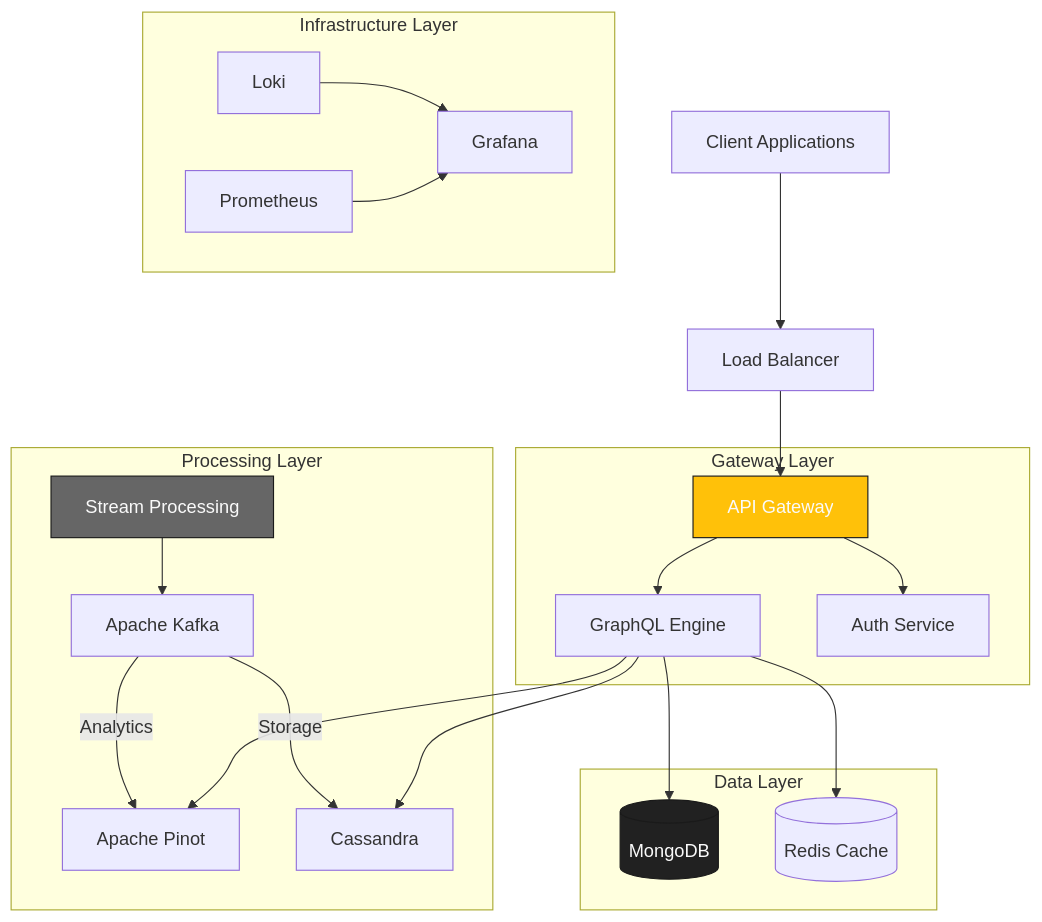
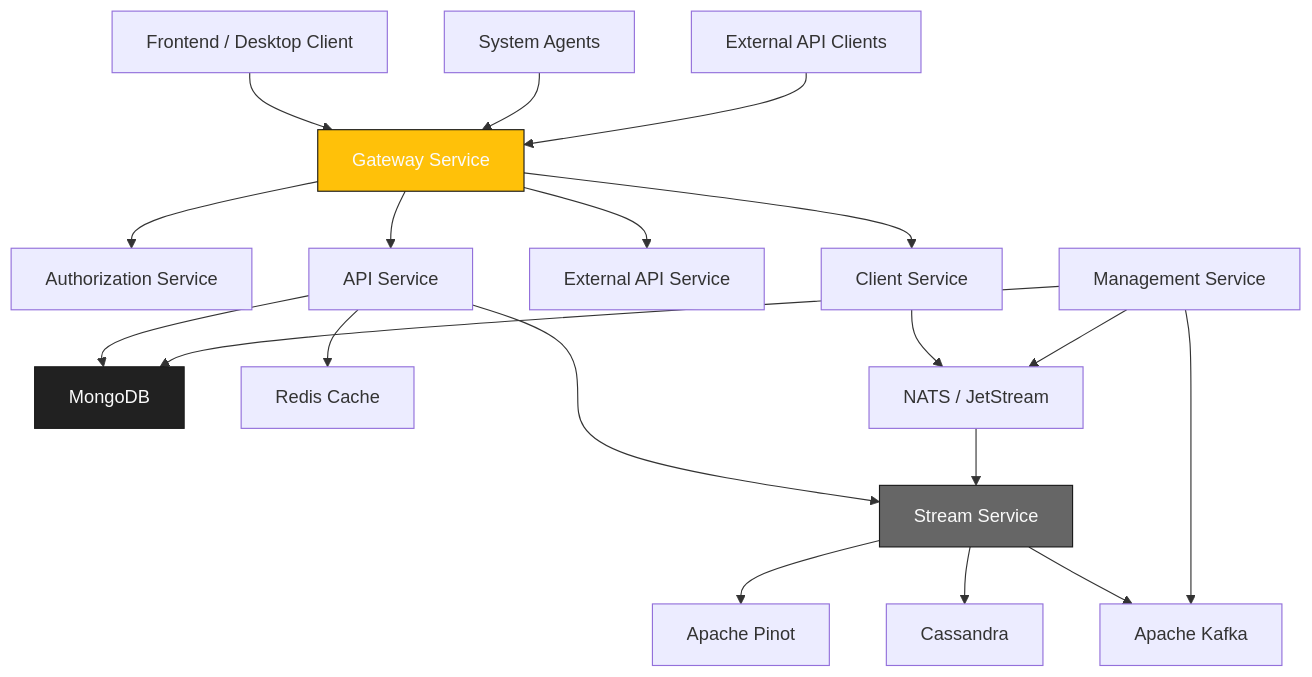
The diagram in README.md (flamingo-stack/openframe-oss-tenant), drawn with Mermaid before and after one commit. The commit also changed other lines of this file and 1 other file, not shown here.

````diff
--- a/README.md
+++ b/README.md
@@ -59,32 +57,30 @@
 ```mermaid
 flowchart TB
-    Client[Client Applications] --> LB[Load Balancer]
-    LB --> Gateway[API Gateway]
-    
-    subgraph "Gateway Layer"
-        Gateway --> GraphQL[GraphQL Engine]
-        Gateway --> Auth[Auth Service]
-    end
-    
-    subgraph "Processing Layer"
-        Stream[Stream Processing] --> Kafka[Apache Kafka]
-        Kafka --> |Analytics| Pinot[Apache Pinot]
-        Kafka --> |Storage| Cassandra[Cassandra]
-    end
-    
-    subgraph "Data Layer"
-        GraphQL --> MongoDB[(MongoDB)]
-        GraphQL --> Cassandra
-        GraphQL --> Pinot
-        GraphQL --> Redis[(Redis Cache)]
-    end
-    
-    subgraph "Infrastructure Layer"
-        Loki       --> Grafana
-        Prometheus --> Grafana
-    end
-    
+    Browser["Frontend / Desktop Client"] --> Gateway["Gateway Service"]
+    Agents["System Agents"] --> Gateway
+    ExternalClients["External API Clients"] --> Gateway
+
+    Gateway --> Authz["Authorization Service"]
+    Gateway --> ApiService["API Service"]
+    Gateway --> ExternalApi["External API Service"]
+    Gateway --> ClientService["Client Service"]
+
+    ApiService --> Mongo["MongoDB"]
+    ApiService --> Redis["Redis Cache"]
+    ApiService --> StreamService["Stream Service"]
+
+    ClientService --> NATS["NATS / JetStream"]
+    NATS --> StreamService
+
+    StreamService --> Kafka["Apache Kafka"]
+    StreamService --> Cassandra["Cassandra"]
+    StreamService --> Pinot["Apache Pinot"]
+
+    Management["Management Service"] --> Mongo
+    Management --> Kafka
+    Management --> NATS
+
     style Gateway fill:#FFC109,stroke:#1A1A1A,color:#FAFAFA
-    style Stream fill:#666666,stroke:#1A1A1A,color:#FAFAFA
-    style MongoDB fill:#212121,stroke:#1A1A1A,color:#FAFAFA
+    style StreamService fill:#666666,stroke:#1A1A1A,color:#FAFAFA
+    style Mongo fill:#212121,stroke:#1A1A1A,color:#FAFAFA
 ```
````
